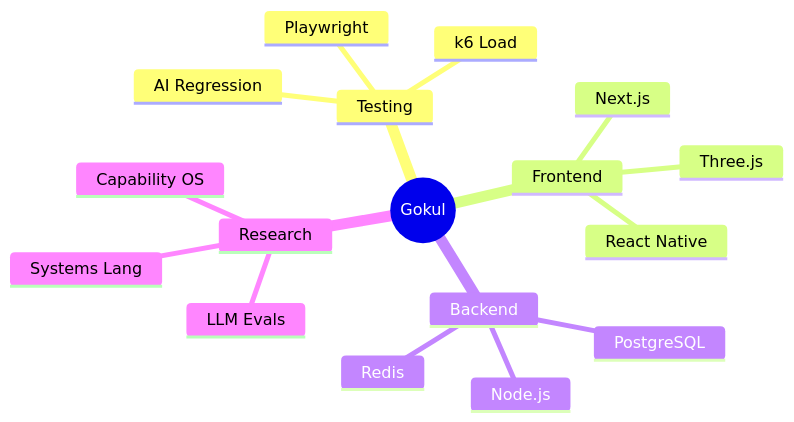
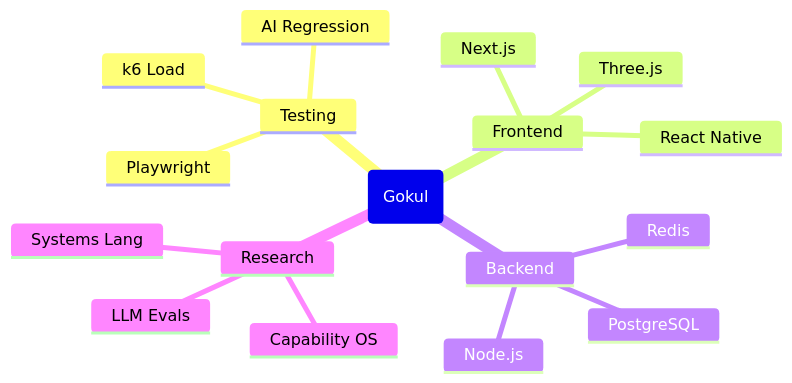
One commit to gokulsenthilkumar3/gokulsenthilkumar3 changed the diagram in README.md. Above: the diagram before and after it, drawn with Mermaid. The commit also changed other lines of this file, not shown here.

Commit message:
fix: remove unreliable capsule-render header and tweak mermaid syntax

````diff
--- a/README.md
+++ b/README.md
@@ -123,20 +122,20 @@
 ```mermaid
 mindmap
-  root((Gokul))
+  root("Gokul")
     Testing
       Playwright
       k6 Load
       AI Regression
     Frontend
       Next.js
       React Native
       Three.js
     Backend
       Node.js
       PostgreSQL
       Redis
     Research
       Capability OS
       Systems Lang
       LLM Evals
 ```
````
